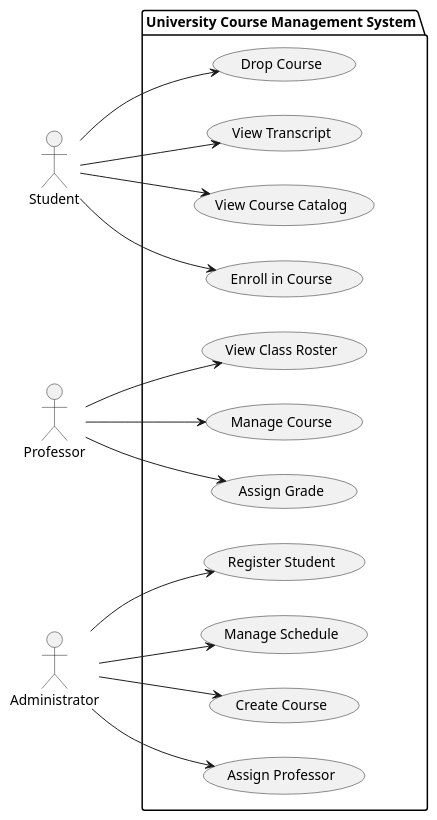
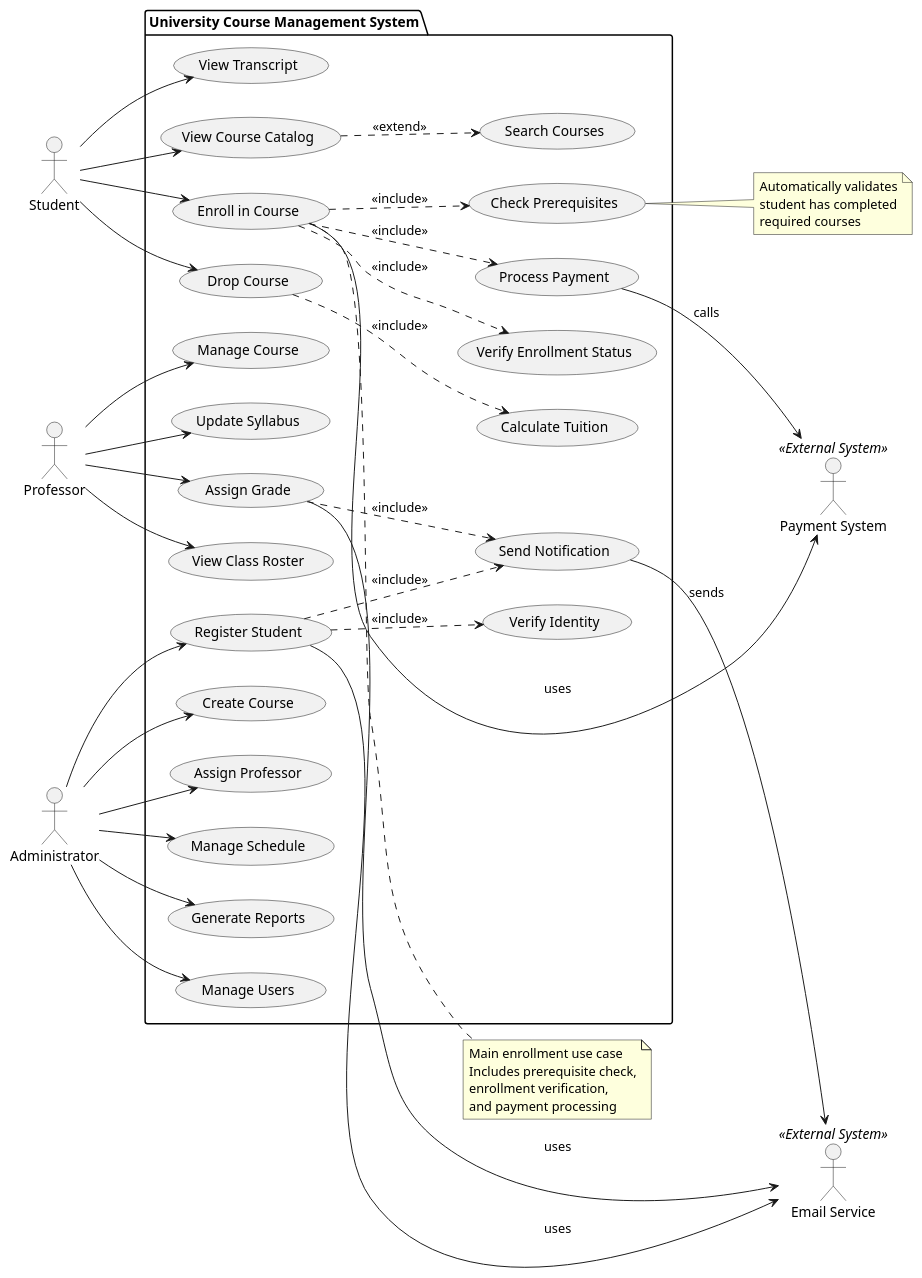
One commit to Aligheri/Nechai_labs changed the diagram in lab2/PlantUML.puml. Above: the diagram before and after it, drawn with PlantUML.

Commit message:
Add external systems, include/extend relationships, and supporting use cases

```diff
--- a/lab2/PlantUML.puml
+++ b/lab2/PlantUML.puml
@@ -1,39 +1,89 @@
 @startuml University_UseCase_Diagram
 
 left to right direction
 
 actor "Student" as student
 actor "Professor" as professor
 actor "Administrator" as admin
+actor "Payment System" as payment << External System >>
+actor "Email Service" as email << External System >>
 
 package "University Course Management System" {
+
     usecase "Register Student" as UC1
     usecase "Enroll in Course" as UC2
     usecase "Drop Course" as UC3
     usecase "View Transcript" as UC4
     usecase "View Course Catalog" as UC5
+    usecase "Search Courses" as UC6
+    usecase "Check Prerequisites" as UC7
 
     usecase "Assign Grade" as UC8
     usecase "View Class Roster" as UC9
     usecase "Manage Course" as UC10
+    usecase "Update Syllabus" as UC11
 
     usecase "Create Course" as UC12
     usecase "Assign Professor" as UC13
     usecase "Manage Schedule" as UC14
+    usecase "Generate Reports" as UC15
+    usecase "Manage Users" as UC16
+    usecase "Verify Identity" as UC17
+
+    usecase "Process Payment" as UC18
+    usecase "Send Notification" as UC19
+    usecase "Calculate Tuition" as UC20
+    usecase "Verify Enrollment Status" as UC21
 }
 
 student --> UC2
 student --> UC3
 student --> UC4
 student --> UC5
 
 professor --> UC8
 professor --> UC9
 professor --> UC10
+professor --> UC11
 
 admin --> UC1
 admin --> UC12
 admin --> UC13
 admin --> UC14
+admin --> UC15
+admin --> UC16
+
+UC2 ..> UC7 : <<include>>
+UC2 ..> UC21 : <<include>>
+UC2 ..> UC18 : <<include>>
+
+UC1 ..> UC17 : <<include>>
+UC1 ..> UC19 : <<include>>
+
+UC3 ..> UC20 : <<include>>
+
+UC8 ..> UC19 : <<include>>
+
+UC5 ..> UC6 : <<extend>>
+
+UC2 --> payment : uses
+UC18 --> payment : calls
+
+UC1 --> email : uses
+UC8 --> email : uses
+UC19 --> email : sends
+
+note right of UC2
+  Main enrollment use case
+  Includes prerequisite check,
+  enrollment verification,
+  and payment processing
+end note
+
+note right of UC7
+  Automatically validates
+  student has completed
+  required courses
+end note
 
 @enduml
```
